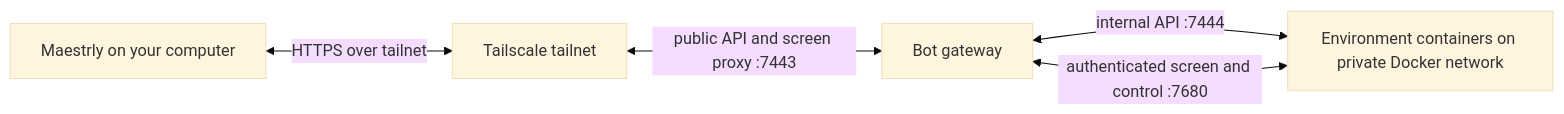
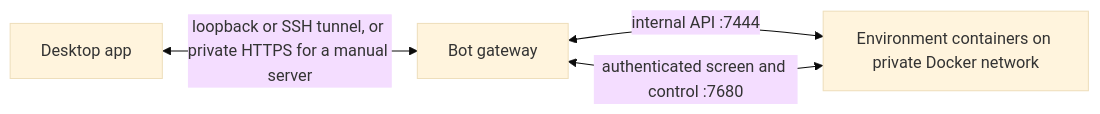
Before and after one commit to antonioducs/maestrly-app: the diagram in docs/bot-fleet.md, drawn with Mermaid (base theme). The commit also changed other lines of this file and 3 other files, not shown here.

First line of the commit message:
docs(bot-fleet): explain setting up the bot server from the app

````diff
--- a/docs/bot-fleet.md
+++ b/docs/bot-fleet.md
@@ -7,7 +137,6 @@
 ```mermaid
 flowchart LR
-  Desktop[Maestrly on your computer] <-->|HTTPS over tailnet| Tailnet[Tailscale tailnet]
-  Tailnet <-->|public API and screen proxy :7443| Gateway[Bot gateway]
+  Desktop[Desktop app] <-->|loopback or SSH tunnel, or private HTTPS for a manual server| Gateway[Bot gateway]
   Gateway <-->|internal API :7444| Environments[Environment containers on private Docker network]
   Environments <-->|authenticated screen and control :7680| Gateway
 ```
````
